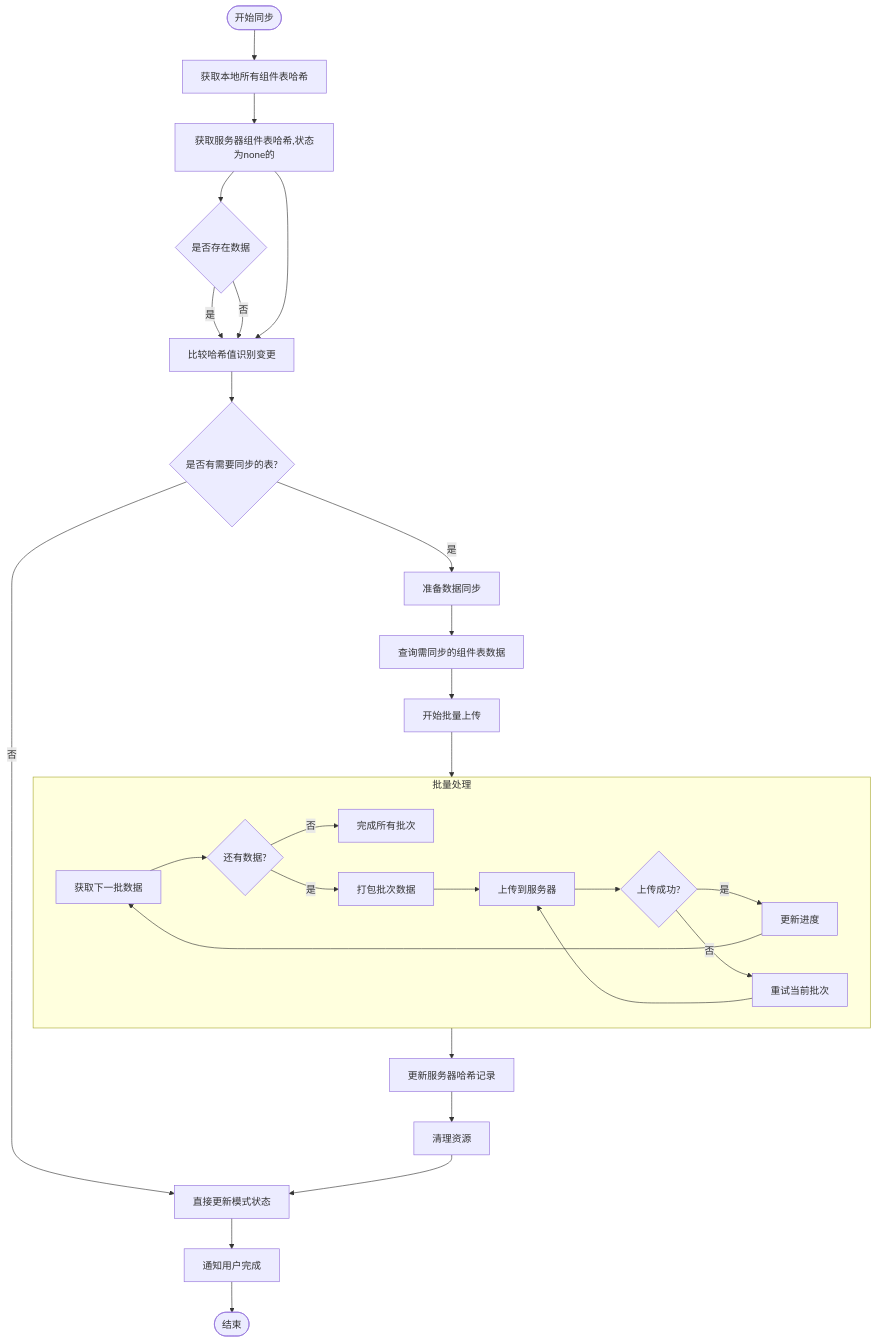
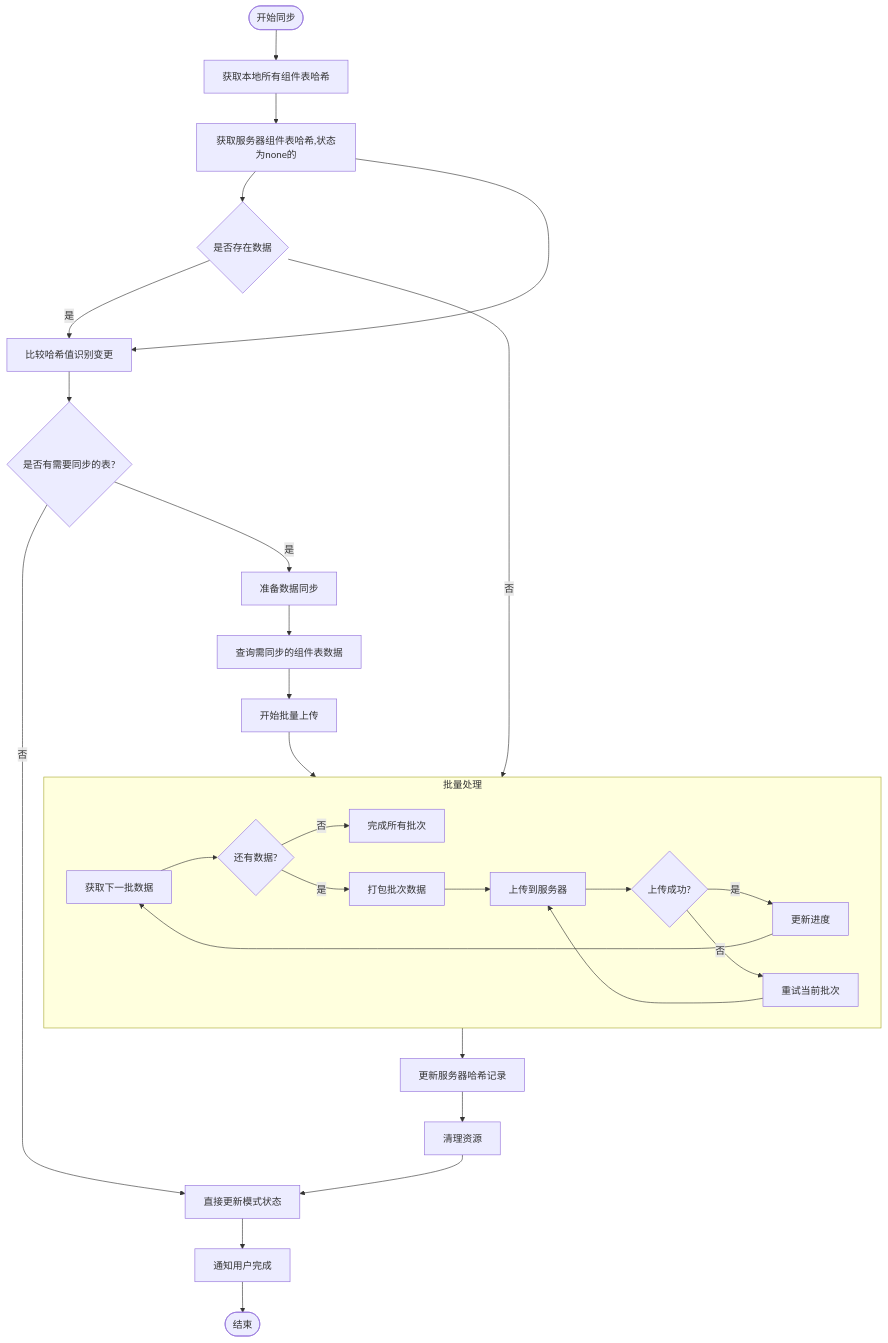
One commit to yingjianzh/iodraw-files changed the diagram in all/未命名-51.md. Above: the diagram before and after it, drawn with Mermaid.

Commit message:
2025-05-08 16:52:29 update

````diff
--- a/all/未命名-51.md
+++ b/all/未命名-51.md
@@ -1,38 +1,38 @@
 ```mermaid
 flowchart TD
     Start([开始同步]) --> FetchLocalHashes[获取本地所有组件表哈希]
     FetchLocalHashes --> FetchServerHashes[获取服务器组件表哈希,状态为none的]
     FetchServerHashes --> DataExist{是否存在数据} 
 
     DataExist --> |是| CompareHashes
-    DataExist --> |否| CompareHashes
+    DataExist --> |否| BatchProcess
 
     FetchServerHashes --> CompareHashes[比较哈希值识别变更]
     
     CompareHashes --> NeedSync{是否有需要同步的表?}
     NeedSync -->|否| UpdateMode[直接更新模式状态]
     NeedSync -->|是| PrepareSync[准备数据同步]
     
     PrepareSync --> QueryChangedData[查询需同步的组件表数据]
     QueryChangedData --> BeginBatchUpload[开始批量上传]
     
     subgraph BatchProcess [批量处理]
         A[获取下一批数据] --> B{还有数据?}
         B -->|否| ExitLoop[完成所有批次]
         B -->|是| C[打包批次数据]
         C --> D[上传到服务器]
         D --> E{上传成功?}
         E -->|是| F[更新进度]
         E -->|否| G[重试当前批次]
         G --> D
         F --> A
     end
     
     BeginBatchUpload --> BatchProcess
     BatchProcess --> UpdateHashes[更新服务器哈希记录]
     UpdateHashes --> CleanupResources[清理资源]
     CleanupResources --> UpdateMode
     
     UpdateMode --> NotifyCompletion[通知用户完成]
     NotifyCompletion --> End([结束])
 ```
````
